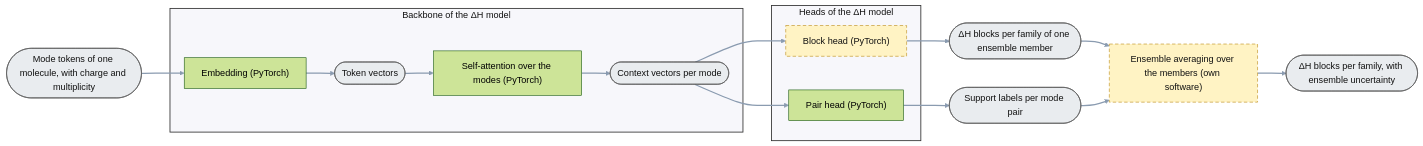
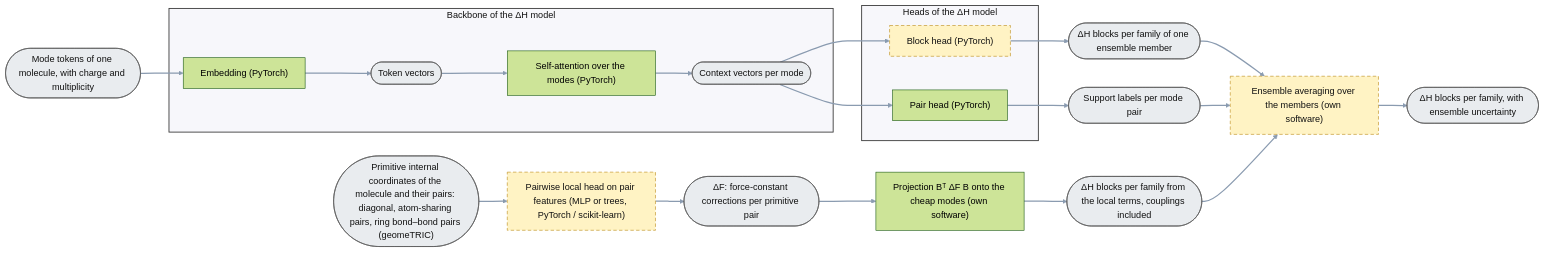
The diagram in plans/05_delta-probed-ir-pipeline/GoalGathering/architecture/50_deltaH_model_components.mmd (thebreadishard/udacity-capstone-plan), drawn with Mermaid (forest theme) before and after one commit. The commit also changed 5 other files, not shown here.

Commit message:
Desk pass (23 Sep evening): sheet 50 gains the pairwise local head and projection (decision 49; rendered locally), ARCHITECTURE.md synced; software ledger rows 18-19; PI assessment dated addition with the method odds; cover note paragraph on the couplings lesson

```diff
--- a/plans/05_delta-probed-ir-pipeline/GoalGathering/architecture/50_deltaH_model_components.mmd
+++ b/plans/05_delta-probed-ir-pipeline/GoalGathering/architecture/50_deltaH_model_components.mmd
@@ -1,35 +1,45 @@
 %% Components of the ΔH model (level 4): what happens inside the step "Forward pass (ΔH model, PyTorch)" of sheet 8 (the spectrum pipeline). Backbone = embedding and self-attention; heads = block head and pair head; the ensemble consists of members with different seeds. Target architecture; largely not built yet.
 %% Rectangle = process step (operation + software); rounded ends = data object (the thing). Every step yields one data object. Dashed = not built yet.
 flowchart LR
   linkStyle default stroke:#8a9bb0,stroke-width:2.2px
   classDef planned stroke-dasharray: 6 4,stroke:#b8860b,fill:#fff3c4,color:#111
   classDef data fill:#e9ecef,stroke:#555,color:#111
   classDef part fill:#f7f7fb,stroke:#333,stroke-width:1.5px,color:#111
 
   TOK(["Mode tokens of one molecule, with charge and multiplicity"]):::data
   EMB["Embedding (PyTorch)"]
   EMBV(["Token vectors"]):::data
   ATT["Self-attention over the modes (PyTorch)"]
   CTX(["Context vectors per mode"]):::data
   BLK["Block head (PyTorch)"]:::planned
   BLKS(["ΔH blocks per family of one ensemble member"]):::data
   PAIR["Pair head (PyTorch)"]
   PAIRS(["Support labels per mode pair"]):::data
   ENSA["Ensemble averaging over the members (own software)"]:::planned
   OUT(["ΔH blocks per family, with ensemble uncertainty"]):::data
 
   subgraph BB["Backbone of the ΔH model"]
     EMB
     EMBV
     ATT
     CTX
   end
   subgraph HD["Heads of the ΔH model"]
     BLK
     PAIR
   end
   class BB,HD part
 
+  %% Decision 49 (23 September 2026): the couplings are predicted as pairwise local terms in primitive internal coordinates and projected onto the
+  %% mode basis; the mode-basis block head stays as module 05's pre-registered baseline for the diagonal. Pre-registered E7: ring coupling ratio
+  %% 0.43 / 0.47 on the two hold-outs, corrected frequencies 4.7 / 5.1 cm-1 (mode basis: 1.00, i.e. no coupling learned).
+  PRIM(["Primitive internal coordinates of the molecule and their pairs: diagonal, atom-sharing pairs, ring bond–bond pairs (geomeTRIC)"]):::data
+  LOC["Pairwise local head on pair features (MLP or trees, PyTorch / scikit-learn)"]:::planned
+  DFL(["ΔF: force-constant corrections per primitive pair"]):::data
+  PROJ["Projection Bᵀ ΔF B onto the cheap modes (own software)"]
+  KLOC(["ΔH blocks per family from the local terms, couplings included"]):::data
+
   TOK --> EMB --> EMBV --> ATT --> CTX
   CTX --> BLK --> BLKS --> ENSA --> OUT
   CTX --> PAIR --> PAIRS --> ENSA
+  PRIM --> LOC --> DFL --> PROJ --> KLOC --> ENSA
```
